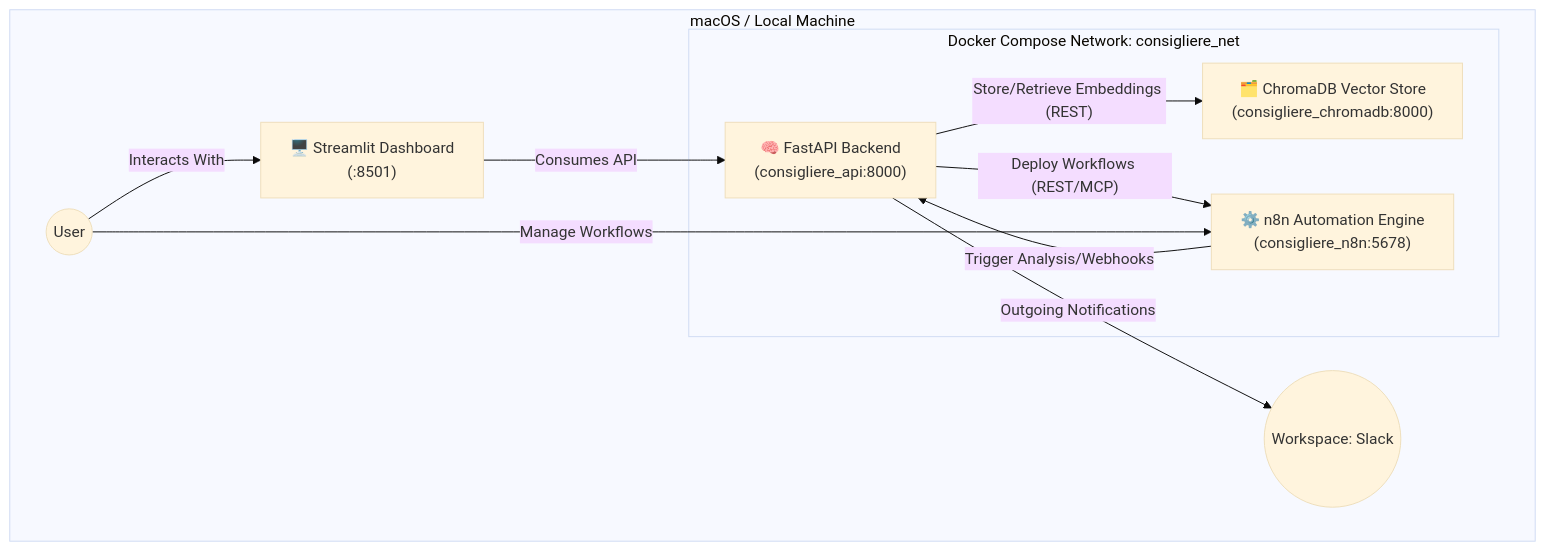
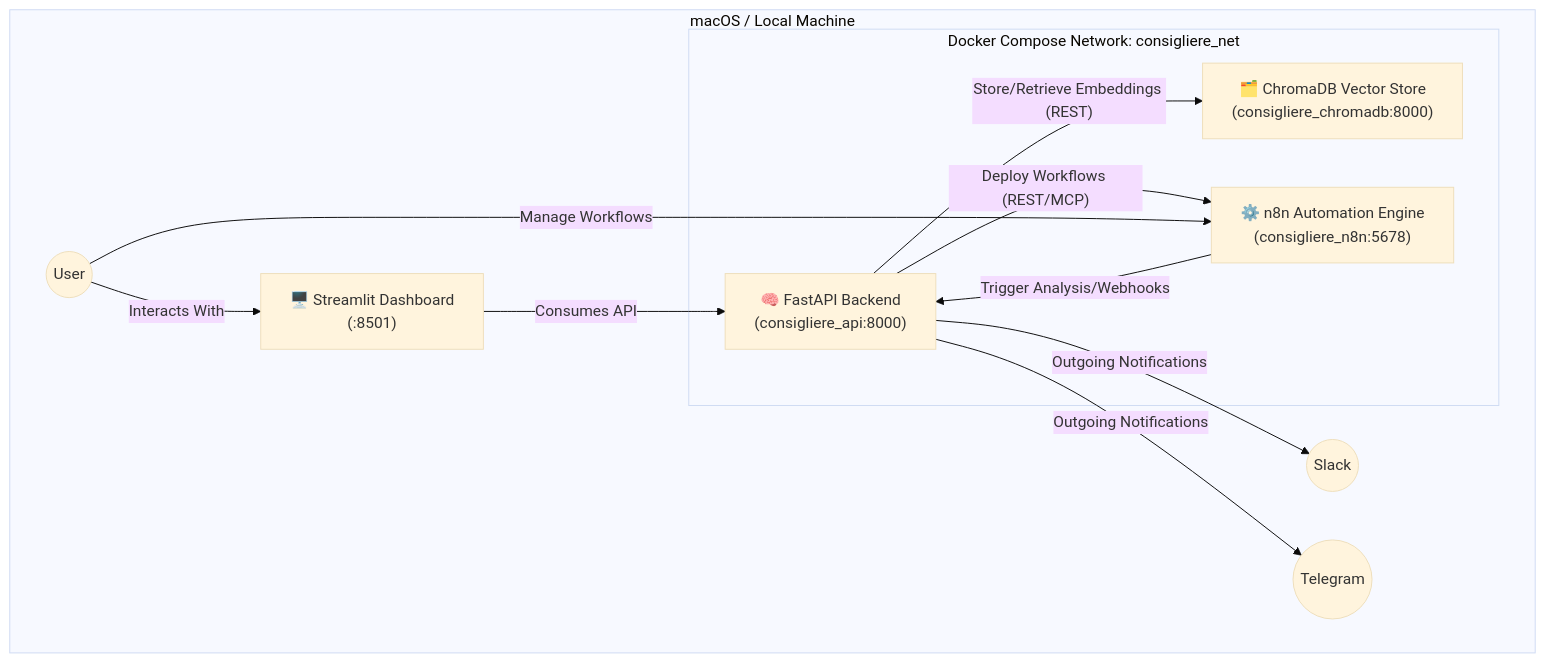
Before and after one commit to drather/Consigliere: the diagram in README.md, drawn with Mermaid (base theme). The commit also changed other lines of this file, not shown here.

````diff
--- a/README.md
+++ b/README.md
@@ -39,23 +40,24 @@
 ```mermaid
 graph TD
     User((User))
-    
+
     subgraph Host["macOS / Local Machine"]
         StreamlitApp["🖥️ Streamlit Dashboard\n(:8501)"]
-        
+
         subgraph Docker["Docker Compose Network: consigliere_net"]
             API["🧠 FastAPI Backend\n(consigliere_api:8000)"]
             N8N["⚙️ n8n Automation Engine\n(consigliere_n8n:5678)"]
             Chroma["🗂️ ChromaDB Vector Store\n(consigliere_chromadb:8000)"]
-            
+
             API -- "Store/Retrieve Embeddings (REST)" --> Chroma
             N8N -- "Trigger Analysis/Webhooks" --> API
             API -- "Deploy Workflows (REST/MCP)" --> N8N
         end
-        
+
         User -- "Interacts With" --> StreamlitApp
         User -- "Manage Workflows" --> N8N
         StreamlitApp -- "Consumes API" --> API
-        API -- "Outgoing Notifications" --> Slack((Workspace: Slack))
+        API -- "Outgoing Notifications" --> Slack((Slack))
+        API -- "Outgoing Notifications" --> Telegram((Telegram))
     end
 ```
````
